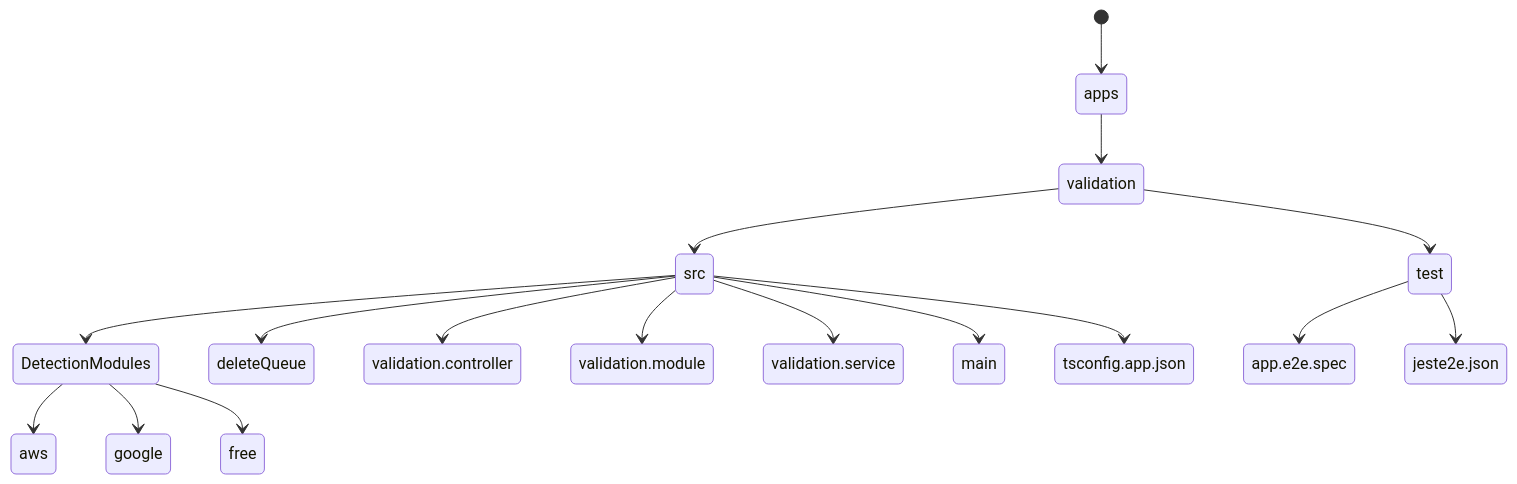
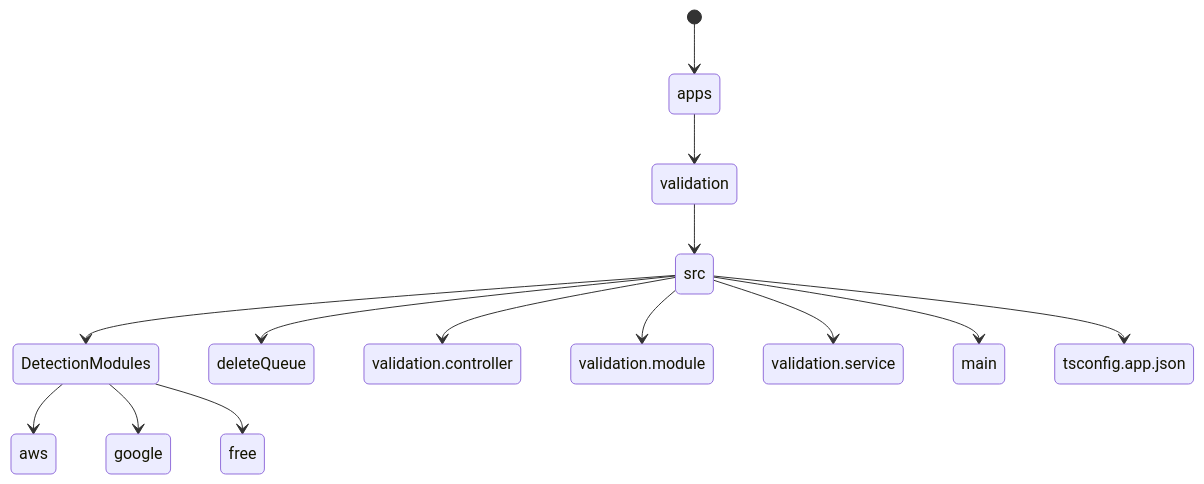
One commit to legendhimself/SafeSearch-Detection changed the second of 2 diagrams in README.md. Above: the diagram before and after it, drawn with Mermaid.

Commit message:
docs: fix mermaid

````diff
--- a/README.md
+++ b/README.md
@@ -42,20 +42,16 @@
 ```mermaid
 stateDiagram-v2
 [*] --> apps
 apps --> validation
 validation --> src
-validation --> test
 src --> DetectionModules
 DetectionModules --> aws
 DetectionModules --> google
 DetectionModules --> free
 src --> deleteQueue
 src --> validation.controller
 src --> validation.module
 src --> validation.service
 src --> main
 src --> tsconfig.app.json
-
-test --> app.e2e.spec
-test --> jeste2e.json
 ```
````
